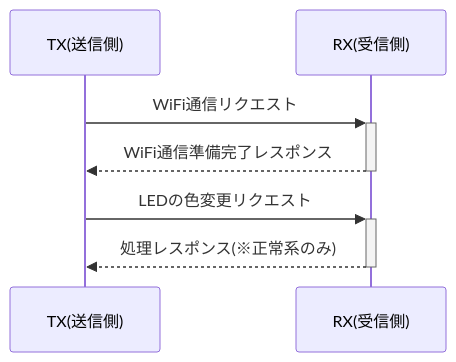
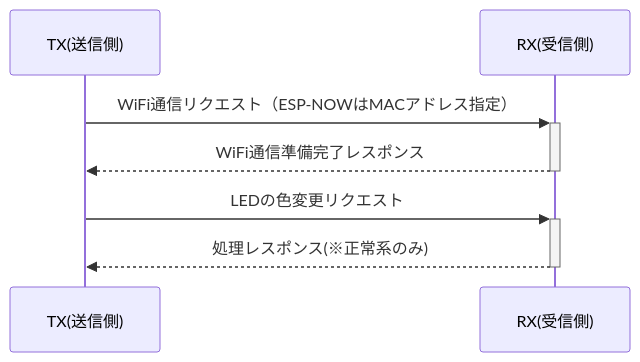
Before and after one commit to Chimipupu/dd_in_work: the diagram in doc/pj_design.md, drawn with Mermaid. The commit also changed other lines of this file and 2 other files, not shown here.

````diff
--- a/doc/pj_design.md
+++ b/doc/pj_design.md
@@ -23,7 +23,7 @@
 ```mermaid
 sequenceDiagram
-    TX(送信側) ->>+RX(受信側): WiFi通信リクエスト
+    TX(送信側) ->>+RX(受信側): WiFi通信リクエスト（ESP-NOWはMACアドレス指定）
     RX(受信側)-->>-TX(送信側): WiFi通信準備完了レスポンス
     TX(送信側) ->>+RX(受信側): LEDの色変更リクエスト
     RX(受信側)-->>-TX(送信側): 処理レスポンス(※正常系のみ)
 ```
````
